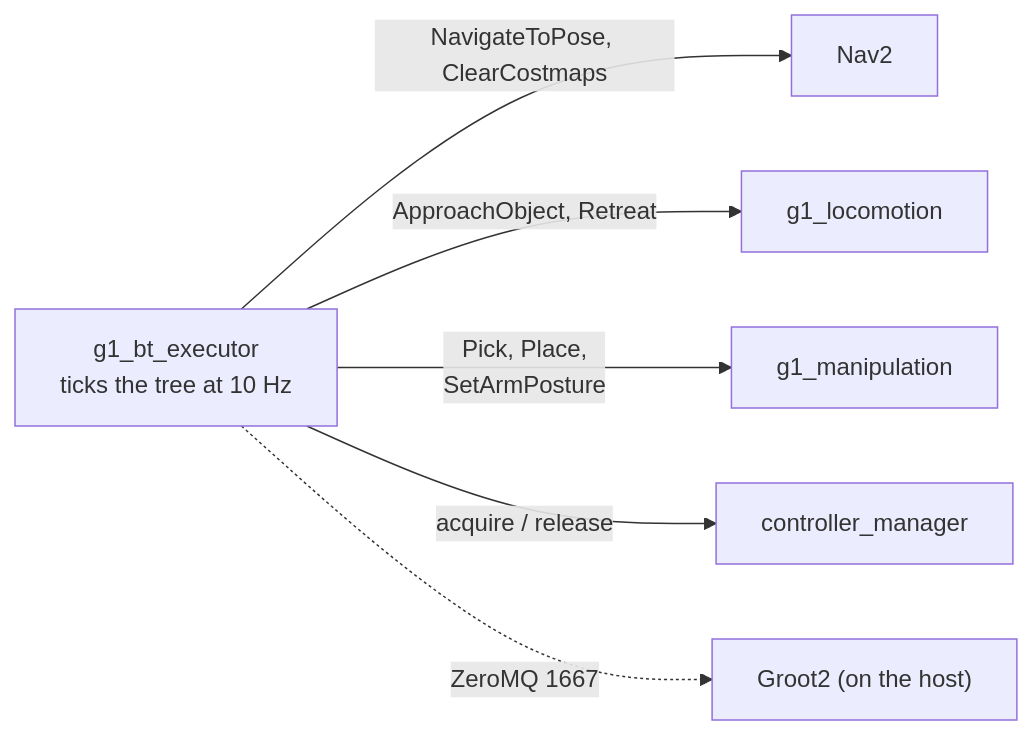
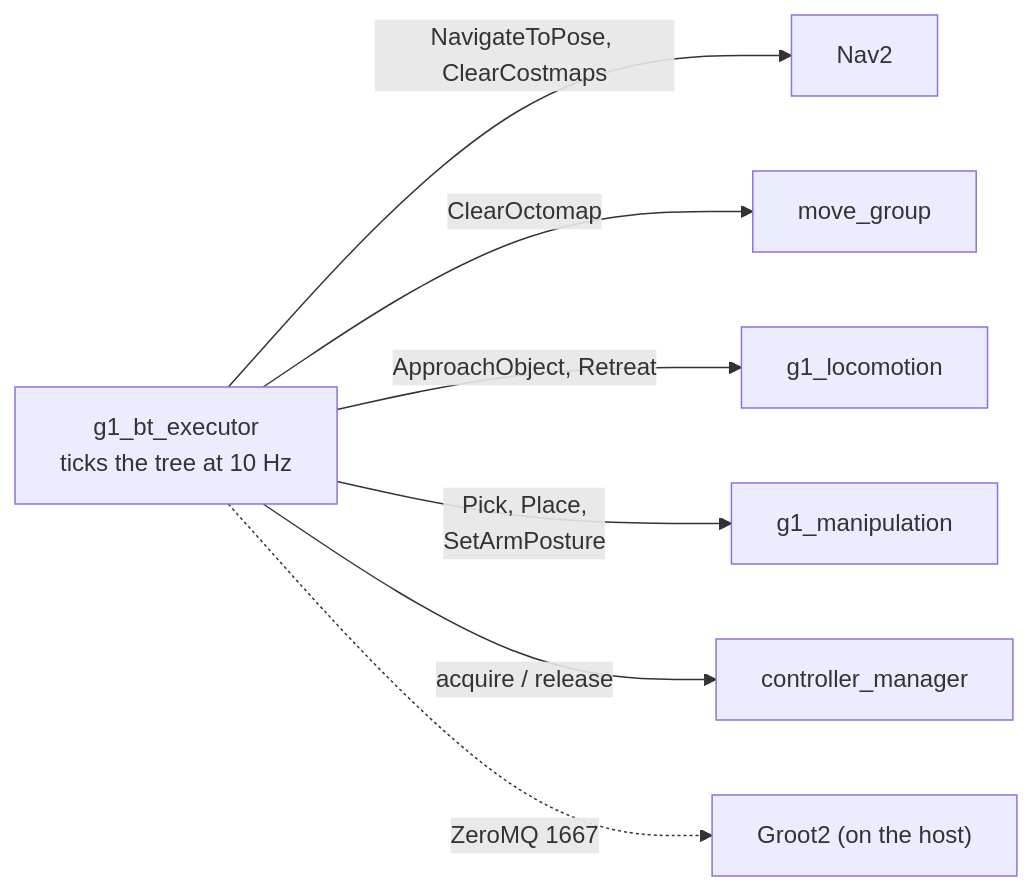
One commit to Adyansh04/grove-g1 changed the diagram in workspace/src/g1_orchestration/README.md. Above: the diagram before and after it, drawn with Mermaid. The commit also changed other lines of this file and 8 other files, not shown here.

Commit message:
Clear MoveIt's octomap after the pick, not just Nav2's costmaps

````diff
--- a/workspace/src/g1_orchestration/README.md
+++ b/workspace/src/g1_orchestration/README.md
@@ -6,9 +6,10 @@
 ```mermaid
 flowchart LR
     EXE["g1_bt_executor<br/>ticks the tree at 10 Hz"]
     EXE -- "NavigateToPose, ClearCostmaps" --> NAV["Nav2"]
+    EXE -- "ClearOctomap" --> MG["move_group"]
     EXE -- "ApproachObject, Retreat" --> BA["g1_locomotion"]
     EXE -- "Pick, Place,<br/>SetArmPosture" --> MAN["g1_manipulation"]
     EXE -- "acquire / release" --> CM["controller_manager"]
     EXE -. "ZeroMQ 1667" .-> G["Groot2 (on the host)"]
 ```
````
